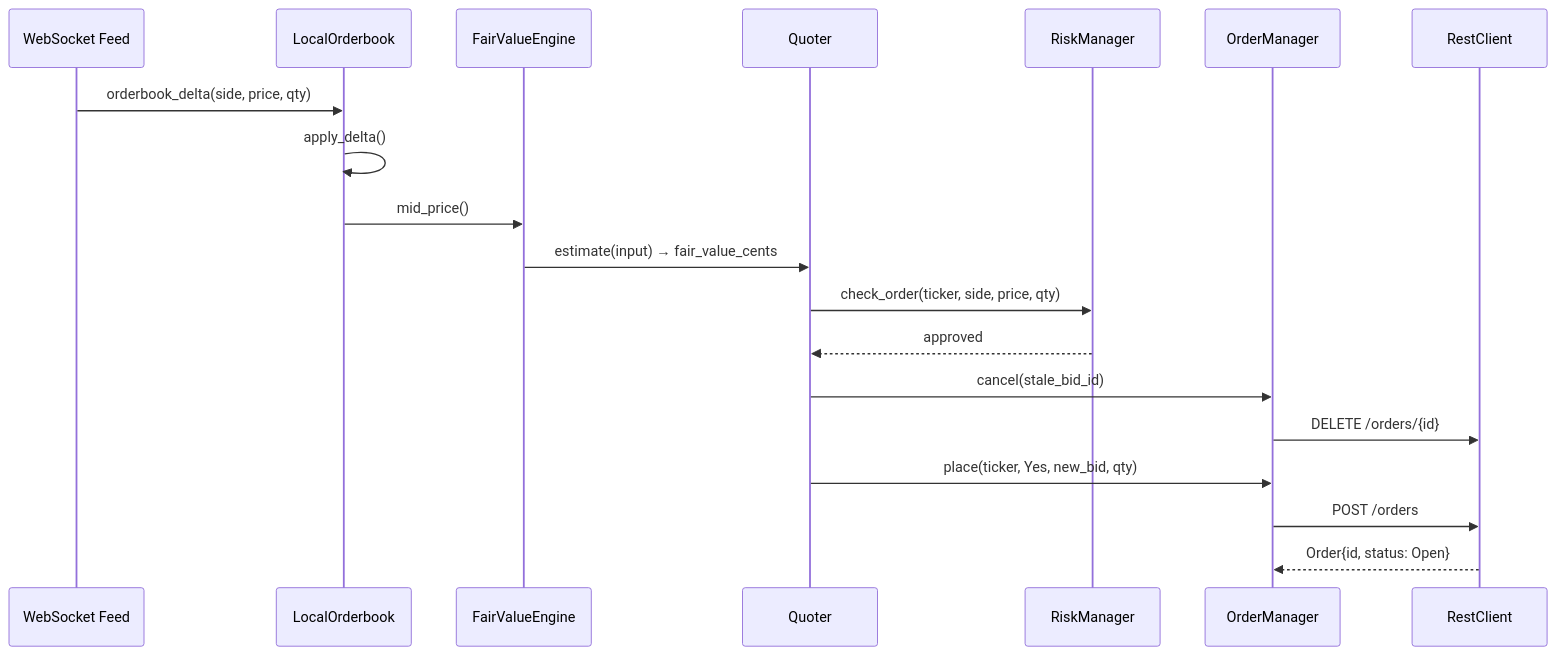
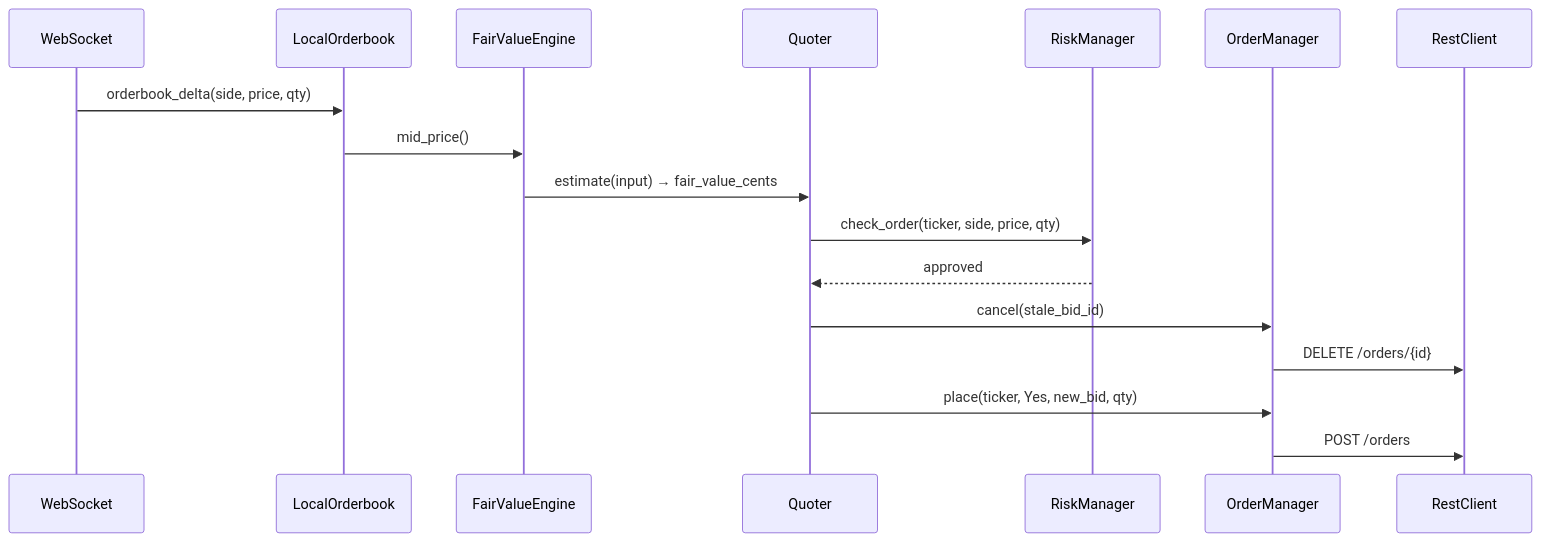
One commit to jfreun123/kalshi-market-maker changed the diagram in docs/architecture.md. Above: the diagram before and after it, drawn with Mermaid. The commit also changed other lines of this file and 2 other files, not shown here.

````diff
--- a/docs/architecture.md
+++ b/docs/architecture.md
@@ -72,22 +5,20 @@
 ```mermaid
 sequenceDiagram
-    participant WS as WebSocket Feed
+    participant WS as WebSocket
     participant OB as LocalOrderbook
     participant FV as FairValueEngine
     participant QE as Quoter
     participant RM as RiskManager
     participant OM as OrderManager
     participant REST as RestClient
 
     WS->>OB: orderbook_delta(side, price, qty)
-    OB->>OB: apply_delta()
     OB->>FV: mid_price()
     FV->>QE: estimate(input) → fair_value_cents
     QE->>RM: check_order(ticker, side, price, qty)
     RM-->>QE: approved
     QE->>OM: cancel(stale_bid_id)
     OM->>REST: DELETE /orders/{id}
     QE->>OM: place(ticker, Yes, new_bid, qty)
     OM->>REST: POST /orders
-    REST-->>OM: Order{id, status: Open}
 ```
````
